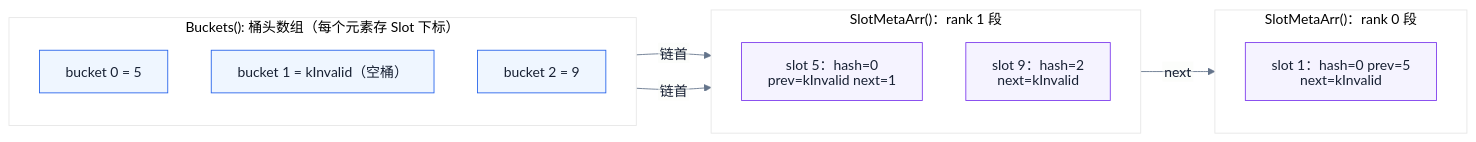
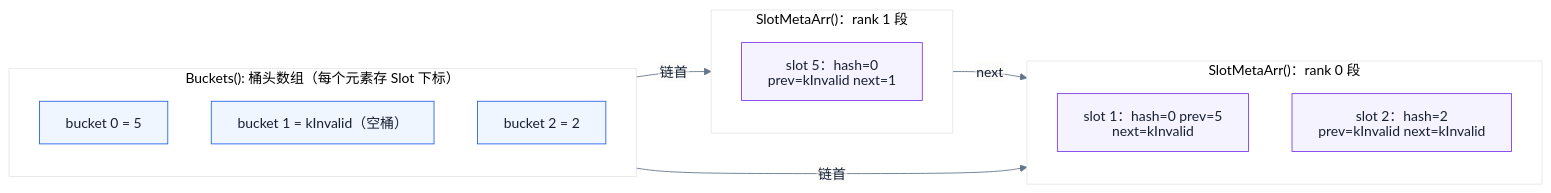
Before and after one commit to NaganooMei/unified-cache-management: the diagram in docs-lzx/features/active/a5-cache2-control-layout.md, drawn with Mermaid. The commit also changed other lines of this file, not shown here.

Commit message:
docs: fix slot index range in A5 Cache2 layout example
示例中 slotsPerRank=4、rankCount=2 时槽下标只到 7，原图误用了槽 9。

````diff
--- a/docs-lzx/features/active/a5-cache2-control-layout.md
+++ b/docs-lzx/features/active/a5-cache2-control-layout.md
@@ -113,40 +113,40 @@
 ```mermaid
 ---
 config:
   theme: base
   fontFamily: "Segoe UI, Microsoft YaHei, Arial, sans-serif"
   htmlLabels: false
   themeVariables:
     primaryColor: "#f8fafc"
     primaryTextColor: "#172033"
     lineColor: "#64748b"
     background: "#ffffff"
 ---
 flowchart LR
     subgraph Heads["Buckets(): 桶头数组（每个元素存 Slot 下标）"]
         direction TB
         H0["bucket 0 = 5"]
         H1["bucket 1 = kInvalid（空桶）"]
-        H2["bucket 2 = 9"]
+        H2["bucket 2 = 2"]
     end
 
     subgraph R1["SlotMetaArr()：rank 1 段"]
         direction TB
         N5["slot 5：hash=0 prev=kInvalid next=1"]
-        N9["slot 9：hash=2 next=kInvalid"]
     end
 
     subgraph R0["SlotMetaArr()：rank 0 段"]
         direction TB
         N1["slot 1：hash=0 prev=5 next=kInvalid"]
+        N2["slot 2：hash=2 prev=kInvalid next=kInvalid"]
     end
 
     H0 -- 链首 --> N5
     N5 -- next --> N1
-    H2 -- 链首 --> N9
+    H2 -- 链首 --> N2
 
     classDef head fill:#eff6ff,stroke:#2563eb,color:#172033
     classDef slot fill:#f5f3ff,stroke:#7c3aed,color:#172033
     class H0,H1,H2 head
-    class N1,N5,N9 slot
+    class N1,N2,N5 slot
 ```
````
